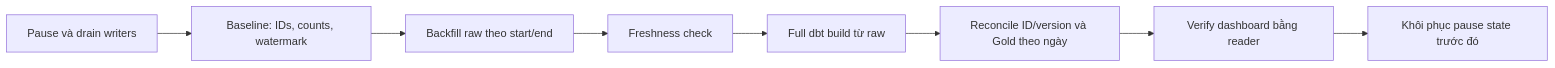
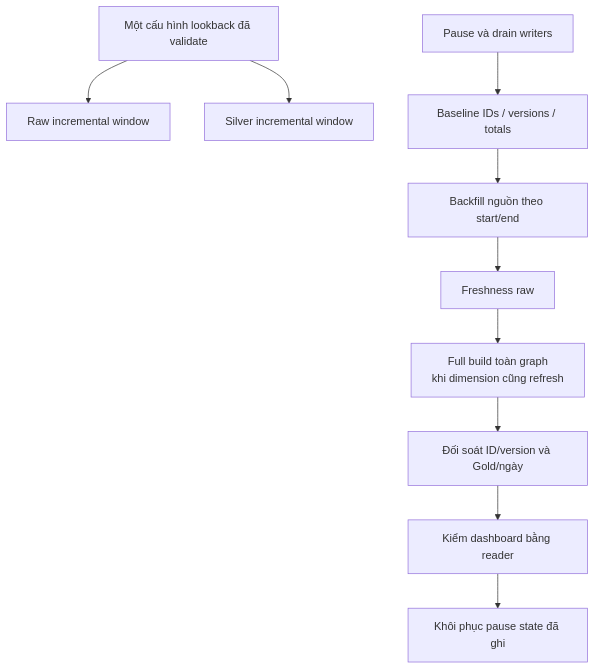
Before and after one commit to PhucTruong11/laplaptech_pipeline: the third of 8 diagrams in docs/plans/roadmap.md, drawn with Mermaid. The commit also changed other lines of this file and 1 other file, not shown here.

Commit message:
Complement data_flow & roadmap

````diff
--- a/docs/plans/roadmap.md
+++ b/docs/plans/roadmap.md
@@ -60,10 +82,12 @@
 ```mermaid
-flowchart LR
-    D[Pause và drain writers] --> B[Baseline: IDs, counts, watermark]
-    B --> I[Backfill raw theo start/end]
-    I --> F[Freshness check]
-    F --> T[Full dbt build từ raw]
-    T --> R[Reconcile ID/version và Gold theo ngày]
-    R --> V[Verify dashboard bằng reader]
-    V --> S[Khôi phục pause state trước đó]
+flowchart TB
+    CFG["Một cấu hình lookback đã validate"] --> RAW["Raw incremental window"]
+    CFG --> SIL["Silver incremental window"]
+    PAUSE["Pause và drain writers"] --> BASE["Baseline IDs / versions / totals"]
+    BASE --> BF["Backfill nguồn theo start/end"]
+    BF --> F["Freshness raw"]
+    F --> BUILD["Full build toàn graph<br/>khi dimension cũng refresh"]
+    BUILD --> REC["Đối soát ID/version và Gold/ngày"]
+    REC --> READ["Kiểm dashboard bằng reader"]
+    READ --> RESUME["Khôi phục pause state đã ghi"]
 ```
````
